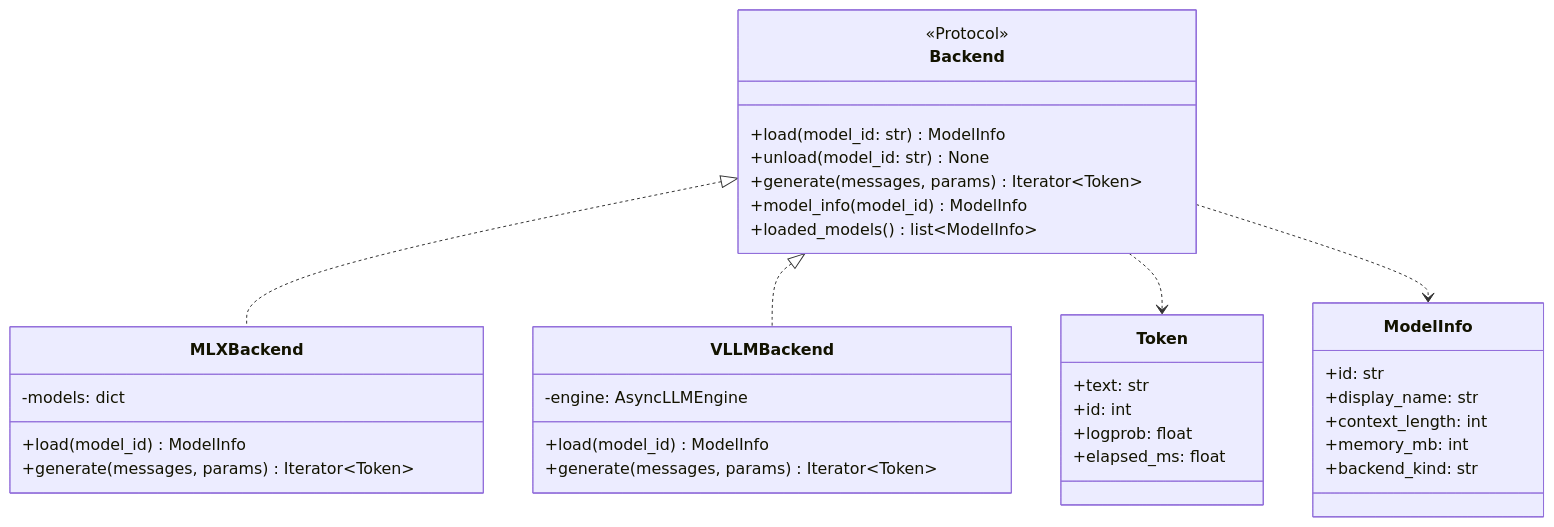
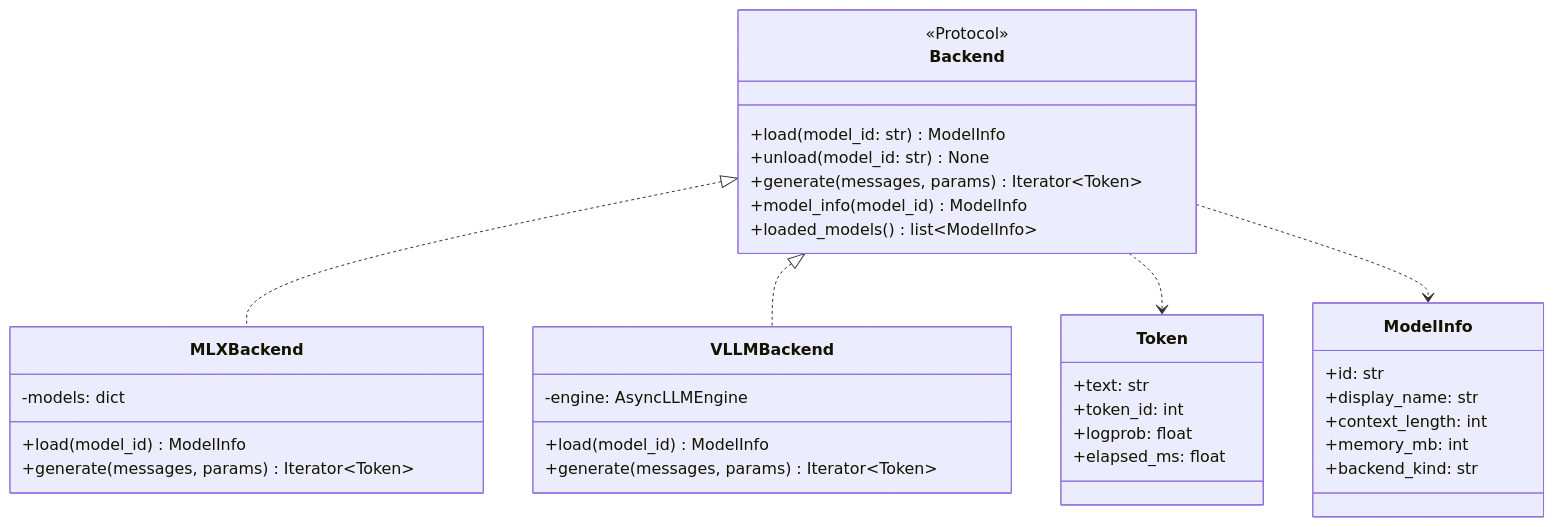
One commit to kashman001/local-model changed the third of 8 diagrams in ARCHITECTURE.md. Above: the diagram before and after it, drawn with Mermaid. The commit also changed 1 other file, not shown here.

Commit message:
docs: clarify FakeBackend.generate contract; fix Token diagram field name

````diff
--- a/ARCHITECTURE.md
+++ b/ARCHITECTURE.md
@@ -81,38 +81,38 @@
 ```mermaid
 classDiagram
     class Backend {
         <<Protocol>>
         +load(model_id: str) ModelInfo
         +unload(model_id: str) None
         +generate(messages, params) Iterator~Token~
         +model_info(model_id) ModelInfo
         +loaded_models() list~ModelInfo~
     }
     class MLXBackend {
         -models: dict
         +load(model_id) ModelInfo
         +generate(messages, params) Iterator~Token~
     }
     class VLLMBackend {
         -engine: AsyncLLMEngine
         +load(model_id) ModelInfo
         +generate(messages, params) Iterator~Token~
     }
     class Token {
         +text: str
-        +id: int
+        +token_id: int
         +logprob: float
         +elapsed_ms: float
     }
     class ModelInfo {
         +id: str
         +display_name: str
         +context_length: int
         +memory_mb: int
         +backend_kind: str
     }
     Backend <|.. MLXBackend
     Backend <|.. VLLMBackend
     Backend ..> Token
     Backend ..> ModelInfo
 ```
````
